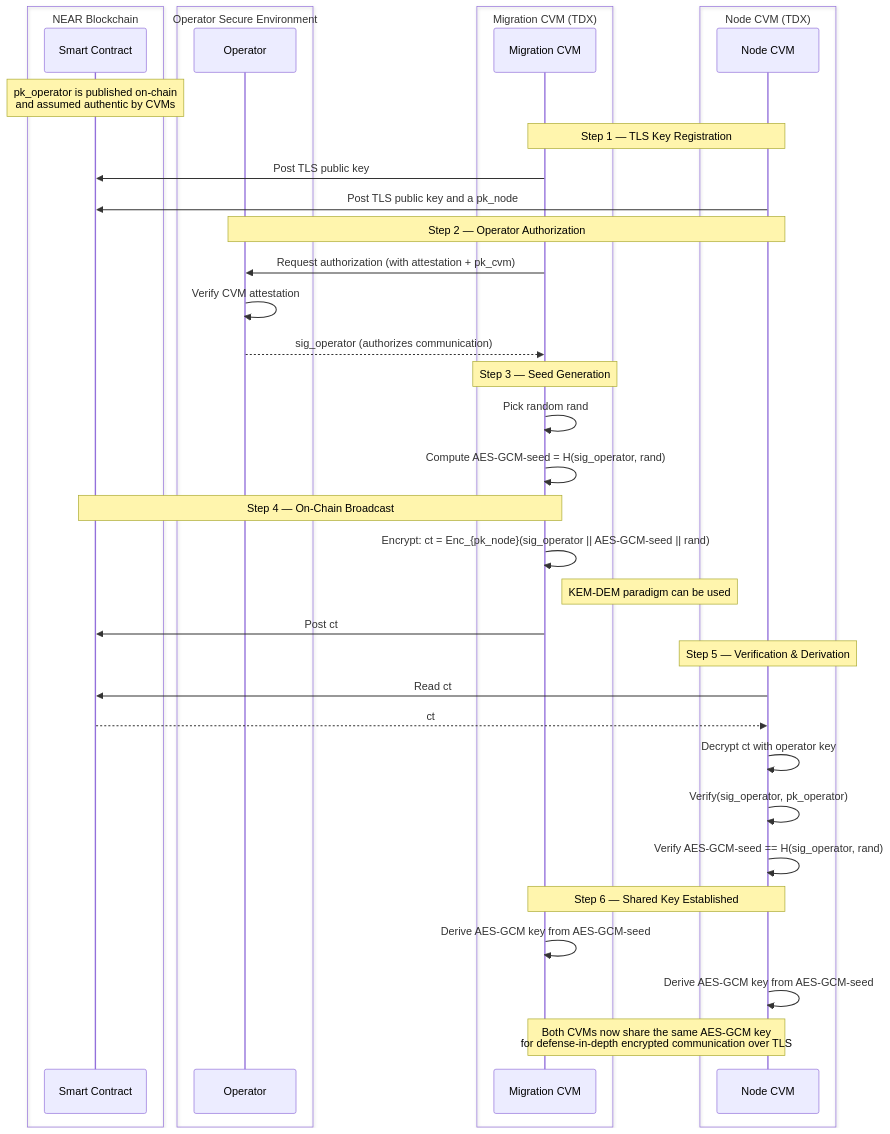
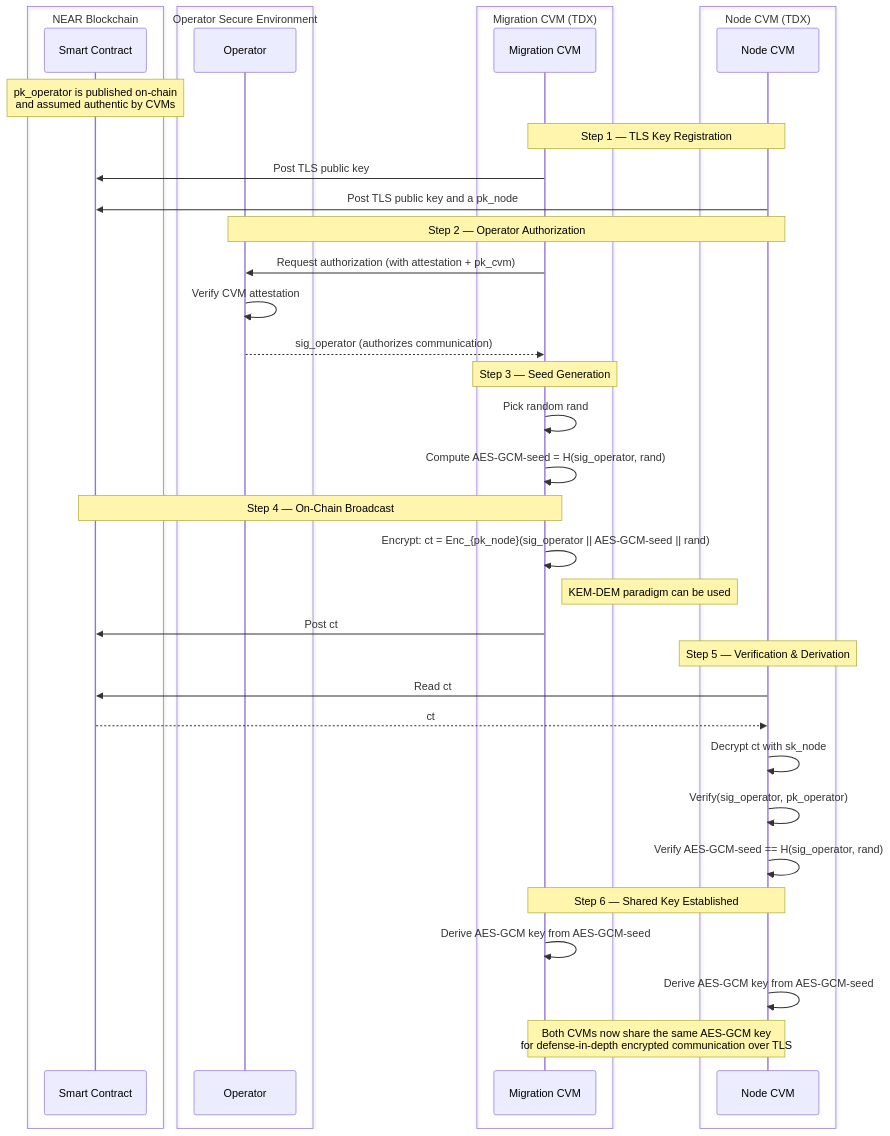
Before and after one commit to near/mpc: the fourth of 5 diagrams in docs/threat-model-diagram.md, drawn with Mermaid. The commit also changed other lines of this file, not shown here.

First line of the commit message:
docs: fix inconsistencies in threat model diagram

````diff
--- a/docs/threat-model-diagram.md
+++ b/docs/threat-model-diagram.md
@@ -369,47 +369,47 @@
 ```mermaid
 sequenceDiagram
     box NEAR Blockchain
         participant BC as Smart Contract
     end
     box Operator Secure Environment
         participant OP as Operator
     end
     box Migration CVM (TDX)
         participant MIG as Migration CVM
     end
     box Node CVM (TDX)
         participant NODE as Node CVM
     end
 
     Note over BC: pk_operator is published on-chain<br/>and assumed authentic by CVMs
 
     Note over MIG,NODE: Step 1 — TLS Key Registration
     MIG ->> BC: Post TLS public key
     NODE ->> BC: Post TLS public key and a pk_node
 
     Note over OP,NODE: Step 2 — Operator Authorization
     MIG ->> OP: Request authorization (with attestation + pk_cvm)
     OP ->> OP: Verify CVM attestation
     OP -->> MIG: sig_operator (authorizes communication)
 
     Note over MIG: Step 3 — Seed Generation
     MIG ->> MIG: Pick random rand
     MIG ->> MIG: Compute AES-GCM-seed = H(sig_operator, rand)
 
     Note over MIG,BC: Step 4 — On-Chain Broadcast
     MIG ->> MIG: Encrypt: ct = Enc_{pk_node}(sig_operator || AES-GCM-seed || rand)
     Note right of MIG: KEM-DEM paradigm can be used
     MIG ->> BC: Post ct
 
     Note over NODE: Step 5 — Verification & Derivation
     NODE ->> BC: Read ct
     BC -->> NODE: ct
-    NODE ->> NODE: Decrypt ct with operator key
+    NODE ->> NODE: Decrypt ct with sk_node
     NODE ->> NODE: Verify(sig_operator, pk_operator)
     NODE ->> NODE: Verify AES-GCM-seed == H(sig_operator, rand)
 
     Note over MIG,NODE: Step 6 — Shared Key Established
     MIG ->> MIG: Derive AES-GCM key from AES-GCM-seed
     NODE ->> NODE: Derive AES-GCM key from AES-GCM-seed
     Note over MIG,NODE: Both CVMs now share the same AES-GCM key<br/>for defense-in-depth encrypted communication over TLS
 ```
````
